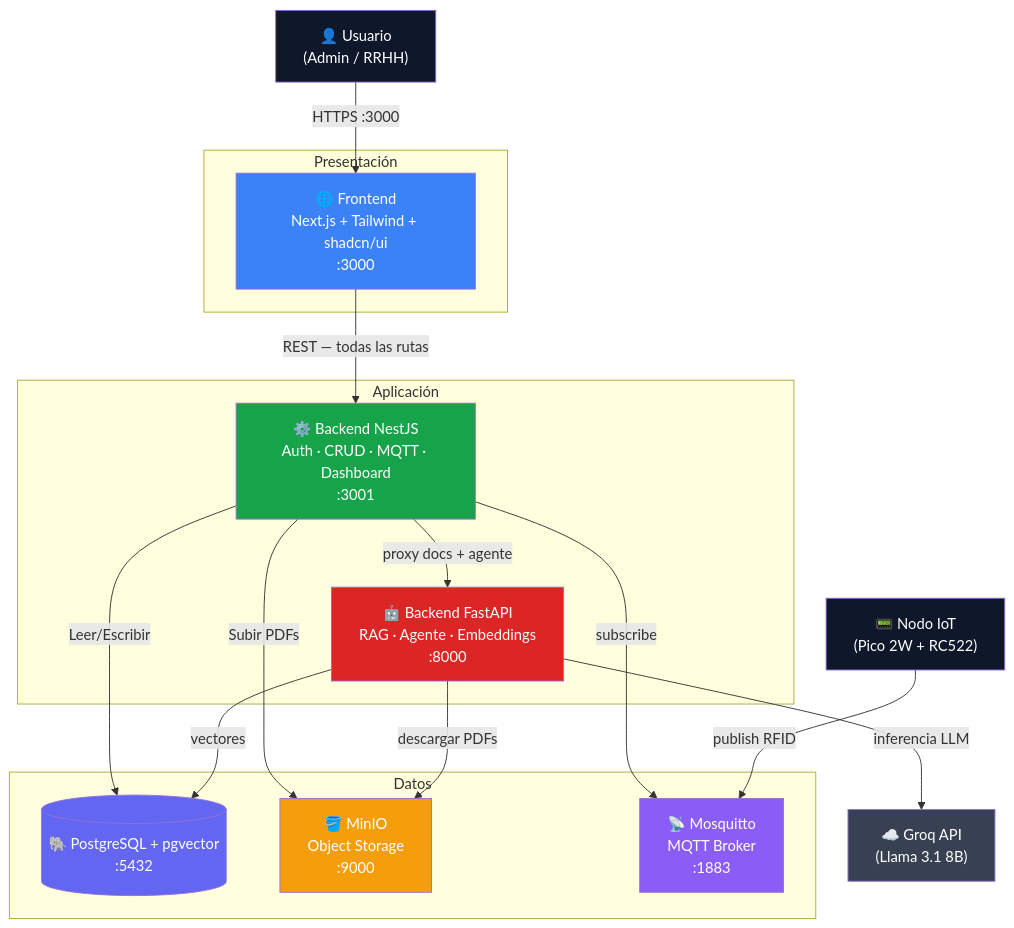
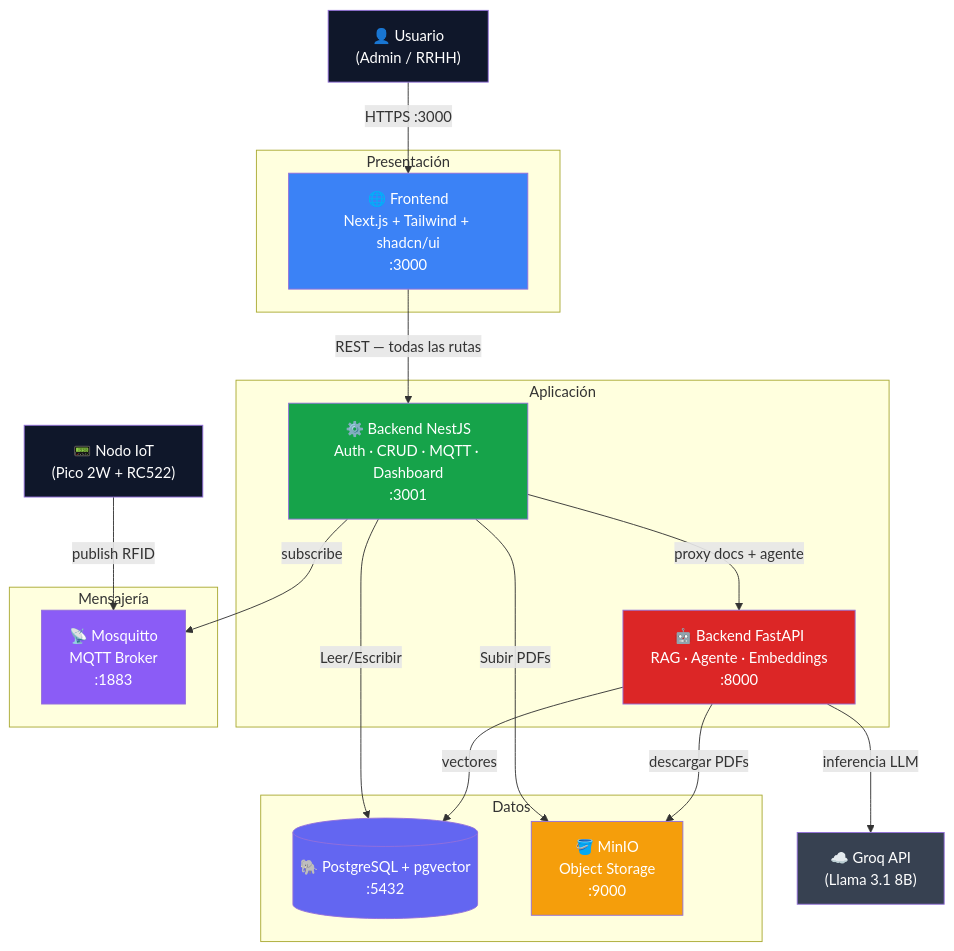
The diagram in docs/architecture/overview.md (marianodr/kuaai-intelligent-hrms), drawn with Mermaid before and after one commit. The commit also changed 1 other file, not shown here.

Commit message:
docs: mover Mosquitto a capa de mensajería en diagramas de arquitectura
Mosquitto es un message broker, no un almacén de datos. Se separa de
PostgreSQL y MinIO en una capa propia "Mensajería" en los tres diagramas
afectados: Nivel 2 (contenedores), overview y deployment Docker Compose.

````diff
--- a/docs/architecture/overview.md
+++ b/docs/architecture/overview.md
@@ -50,42 +50,45 @@
 ```mermaid
 graph TB
     USER["👤 Usuario\n(Admin / RRHH)"]
     IOT["📟 Nodo IoT\n(Pico 2W + RC522)"]
     GROQ["☁️ Groq API\n(Llama 3.1 8B)"]
 
     subgraph PRES ["Presentación"]
         FE["🌐 Frontend\nNext.js + Tailwind + shadcn/ui\n:3000"]
     end
 
     subgraph APP ["Aplicación"]
         NEST["⚙️ Backend NestJS\nAuth · CRUD · MQTT · Dashboard\n:3001"]
         FAPI["🤖 Backend FastAPI\nRAG · Agente · Embeddings\n:8000"]
     end
 
+    subgraph MSG ["Mensajería"]
+        MQTT["📡 Mosquitto\nMQTT Broker\n:1883"]
+    end
+
     subgraph DATA ["Datos"]
         PG[("🐘 PostgreSQL + pgvector\n:5432")]
         MINIO["🪣 MinIO\nObject Storage\n:9000"]
-        MQTT["📡 Mosquitto\nMQTT Broker\n:1883"]
     end
 
     USER  -->|"HTTPS :3000"| FE
     FE    -->|"REST — todas las rutas"| NEST
     NEST  -->|"proxy docs + agente"| FAPI
     NEST  -->|"Leer/Escribir"| PG
     NEST  -->|"Subir PDFs"| MINIO
     NEST  -->|"subscribe"| MQTT
     FAPI  -->|"vectores"| PG
     FAPI  -->|"descargar PDFs"| MINIO
     FAPI  -->|"inferencia LLM"| GROQ
     IOT   -->|"publish RFID"| MQTT
 
     style FE   fill:#3b82f6,color:#fff
     style NEST fill:#16a34a,color:#fff
     style FAPI fill:#dc2626,color:#fff
     style PG   fill:#6366f1,color:#fff
     style MINIO fill:#f59e0b,color:#fff
     style MQTT fill:#8b5cf6,color:#fff
     style USER fill:#0f172a,color:#fff
     style IOT  fill:#0f172a,color:#fff
     style GROQ fill:#374151,color:#fff
 ```
````
